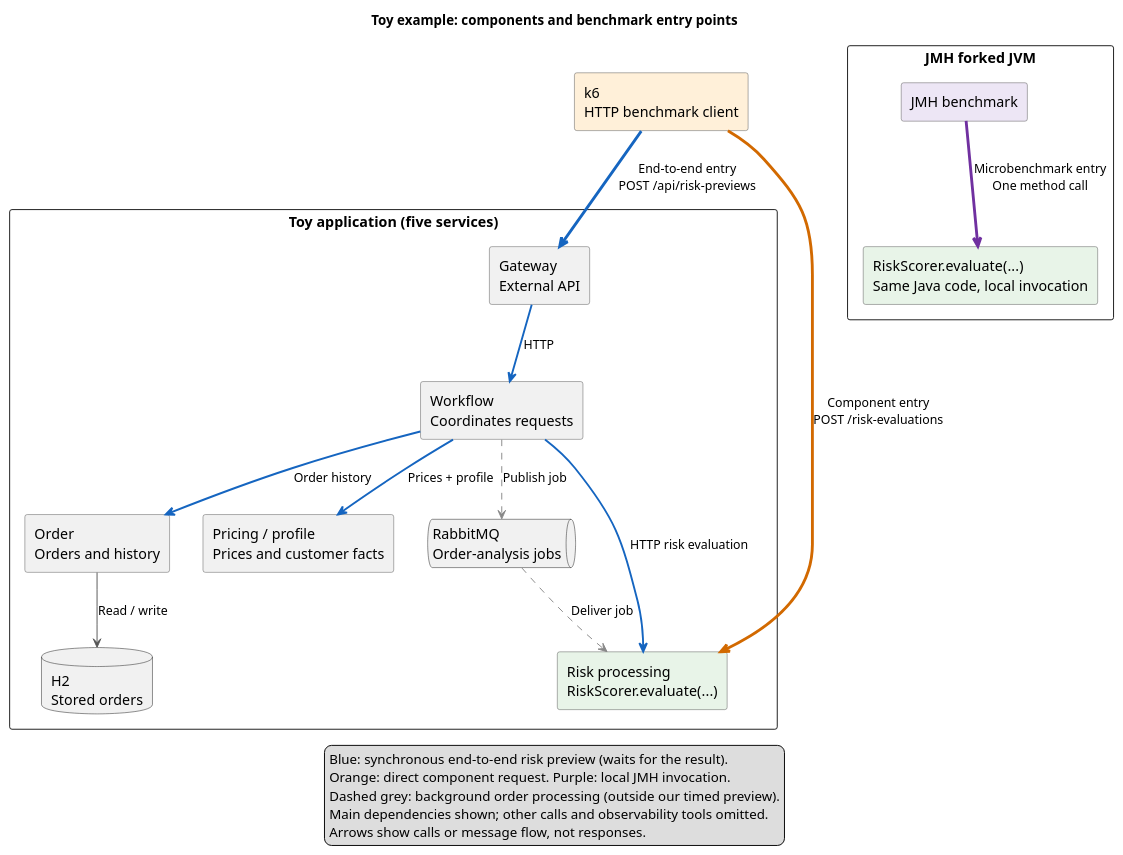
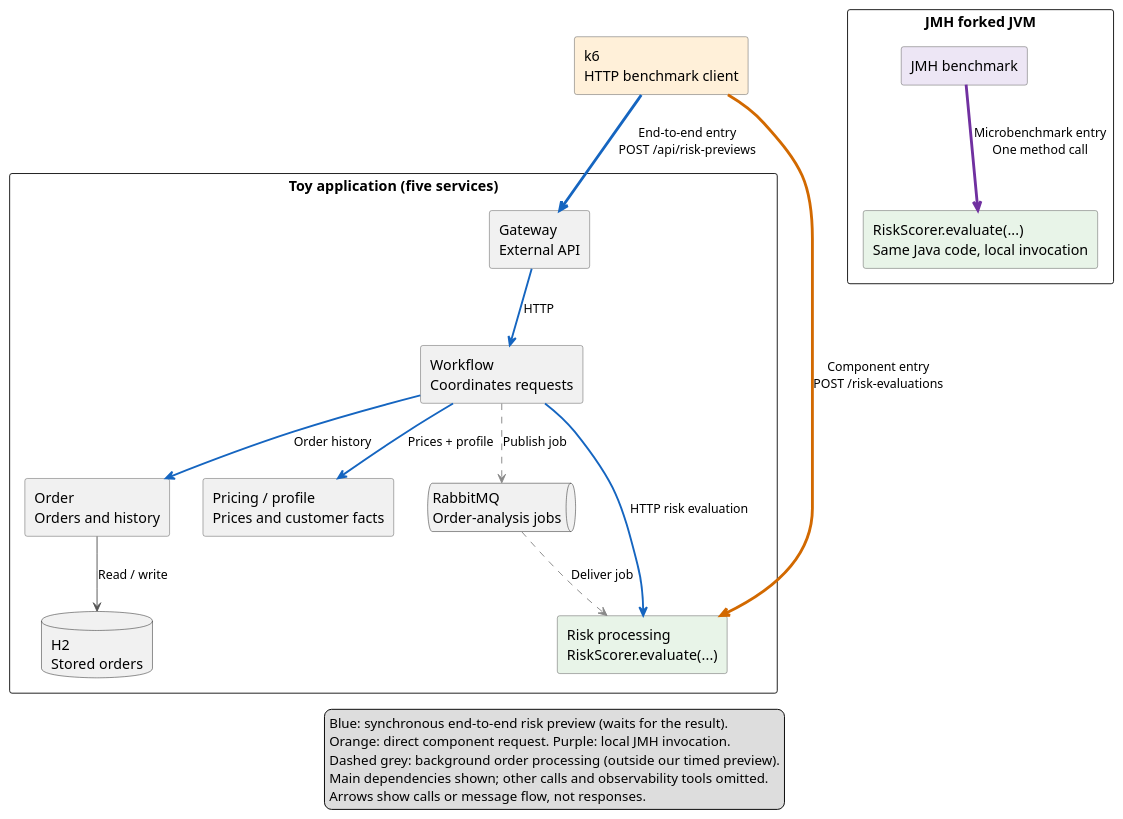
The diagram in benchmarking/benchmark-architecture.puml (mtucci/sqe-benchmarking-lab-2026), drawn with PlantUML before and after one commit. The commit also changed 14 other files, not shown here.

```diff
--- a/benchmarking/benchmark-architecture.puml
+++ b/benchmarking/benchmark-architecture.puml
@@ -1,49 +1,48 @@
 @startuml
-title Toy example: components and benchmark entry points
 top to bottom direction
 skinparam componentStyle rectangle
 skinparam shadowing false
 skinparam defaultFontSize 15
 skinparam ArrowFontSize 13
 skinparam packageStyle rectangle
 skinparam componentBorderColor #555555
 skinparam ArrowColor #555555
 
 component "k6\nHTTP benchmark client" as K6 #FFF0D9
 
 package "Toy application (five services)" {
   component "Gateway\nExternal API" as Gateway
   component "Workflow\nCoordinates requests" as Workflow
   component "Pricing / profile\nPrices and customer facts" as Pricing
   component "Order\nOrders and history" as Orders
   component "Risk processing\nRiskScorer.evaluate(...)" as Risk #E8F4E8
   database "H2\nStored orders" as DB
   queue "RabbitMQ\nOrder-analysis jobs" as Broker
 }
 
 package "JMH forked JVM" {
   component "JMH benchmark" as JMH #EDE6F5
   component "RiskScorer.evaluate(...)\nSame Java code, local invocation" as LocalScorer #E8F4E8
 }
 
 K6 -[#1565C0,thickness=3]-> Gateway : End-to-end entry\nPOST /api/risk-previews
 K6 -[#D26900,thickness=3]-> Risk : Component entry\nPOST /risk-evaluations
 Gateway -[#1565C0,thickness=2]-> Workflow : HTTP
 Workflow -[#1565C0,thickness=2]down-> Pricing : Prices + profile
 Workflow -[#1565C0,thickness=2]down-> Orders : Order history
 Workflow -[#1565C0,thickness=2]right-> Risk : HTTP risk evaluation
 Orders -down-> DB : Read / write
 
 Workflow -[#888888,dashed]down-> Broker : Publish job
 Broker -[#888888,dashed]-> Risk : Deliver job
 
 JMH -[#7030A0,thickness=3]-> LocalScorer : Microbenchmark entry\nOne method call
 
 legend bottom
   Blue: synchronous end-to-end risk preview (waits for the result).
   Orange: direct component request. Purple: local JMH invocation.
   Dashed grey: background order processing (outside our timed preview).
   Main dependencies shown; other calls and observability tools omitted.
   Arrows show calls or message flow, not responses.
 endlegend
 @enduml
```
